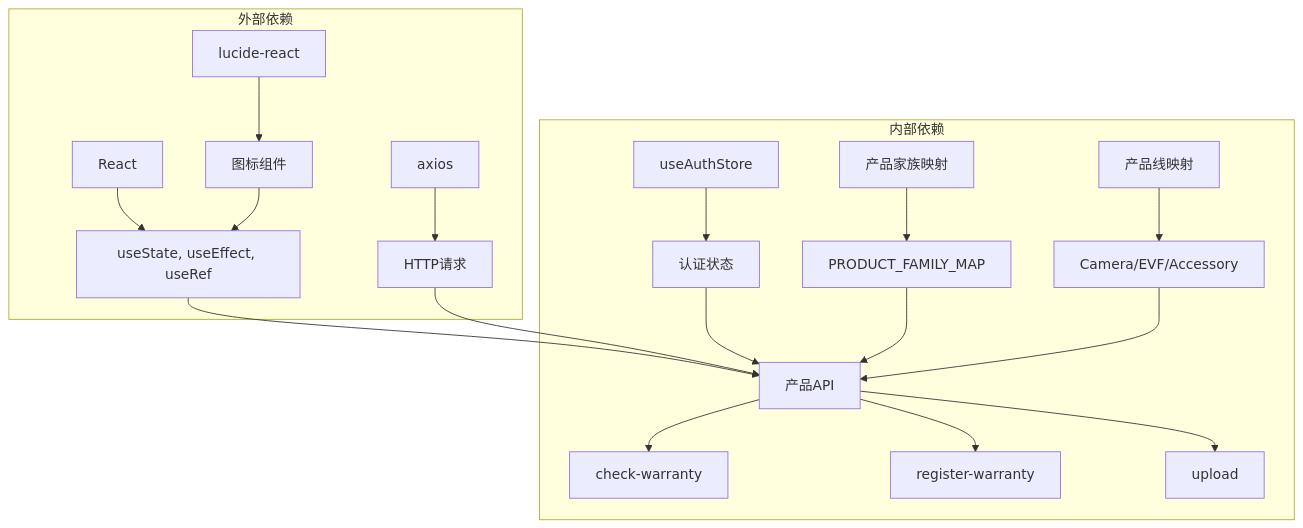
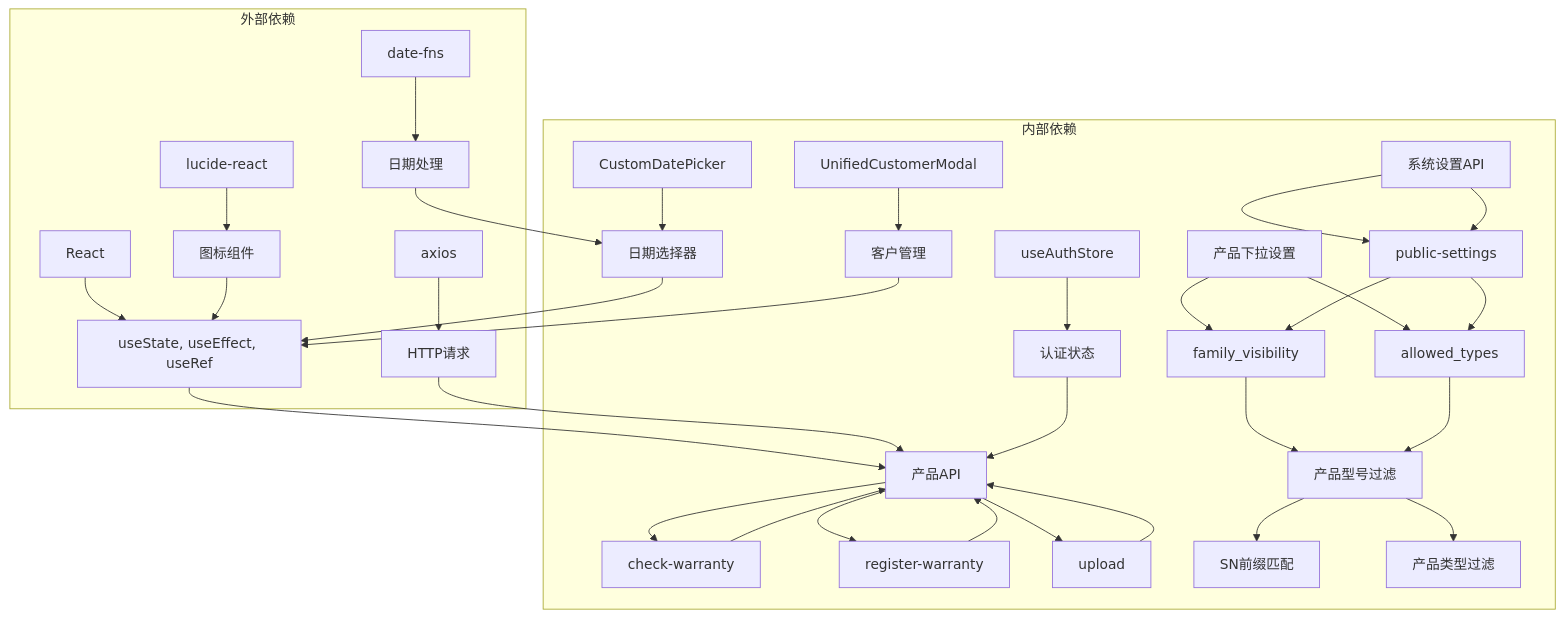
Before and after one commit to CubeEdge/Longhorn: diagram 20 of 21 in .qoder/repowiki/zh/content/前端组件架构/保修注册模态框组件.md, drawn with Mermaid. The commit also changed other lines of this file and 53 other files, not shown here.

````diff
--- a/.qoder/repowiki/zh/content/前端组件架构/保修注册模态框组件.md
+++ b/.qoder/repowiki/zh/content/前端组件架构/保修注册模态框组件.md
@@ -451,22 +720,37 @@
 ```mermaid
 graph TB
 subgraph "外部依赖"
 A[React] --> B[useState, useEffect, useRef]
 C[axios] --> D[HTTP请求]
 E[lucide-react] --> F[图标组件]
+G[date-fns] --> H[日期处理]
 end
 subgraph "内部依赖"
-G[useAuthStore] --> H[认证状态]
-I[产品API] --> J[check-warranty]
-I --> K[register-warranty]
-I --> L[upload]
-M[产品家族映射] --> N[PRODUCT_FAMILY_MAP]
-O[产品线映射] --> P[Camera/EVF/Accessory]
+I[useAuthStore] --> J[认证状态]
+K[CustomDatePicker] --> L[日期选择器]
+M[UnifiedCustomerModal] --> N[客户管理]
+O[产品API] --> P[check-warranty]
+O --> Q[register-warranty]
+O --> R[upload]
+S[系统设置API] --> T[public-settings]
+U[产品下拉设置] --> V[family_visibility]
+U --> W[allowed_types]
+X[产品型号过滤] --> Y[SN前缀匹配]
+X --> Z[产品类型过滤]
 end
-B --> I
-D --> I
+B --> O
+D --> O
 F --> B
-H --> I
-N --> I
-P --> I
+H --> L
+J --> O
+L --> B
+N --> B
+P --> O
+Q --> O
+R --> O
+S --> T
+T --> V
+T --> W
+V --> X
+W --> X
 ```
````
